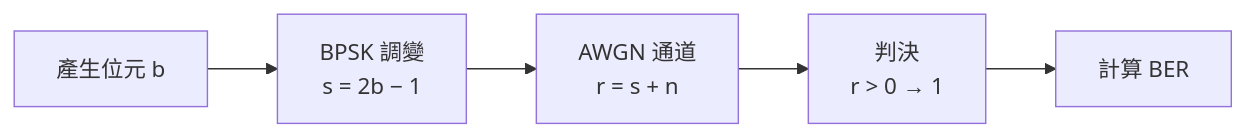
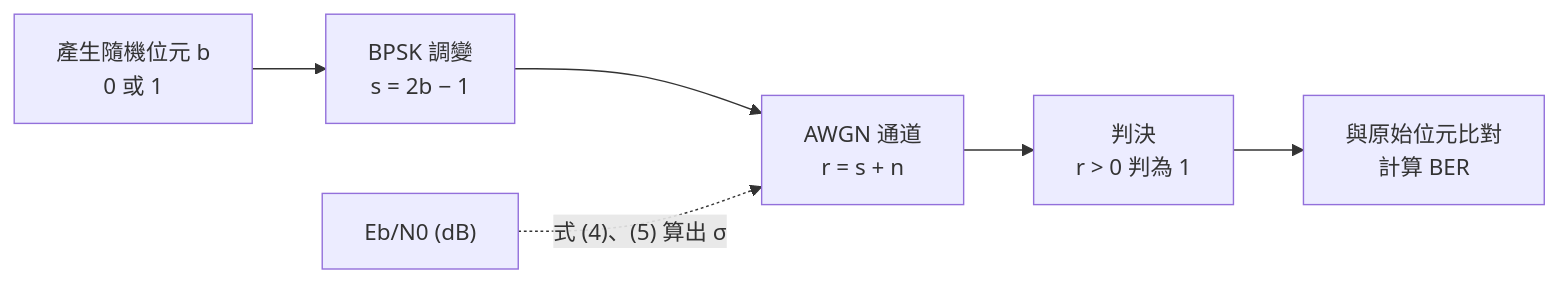
One commit to hhh1715/handson changed the diagram in 01_bpsk_ber/HACKMD.md. Above: the diagram before and after it, drawn with Mermaid. The commit also changed other lines of this file and 6 other files, not shown here.

````diff
--- a/01_bpsk_ber/HACKMD.md
+++ b/01_bpsk_ber/HACKMD.md
@@ -86,7 +176,8 @@
 ```mermaid
 flowchart LR
-    A["產生位元 b"] --> B["BPSK 調變<br/>s = 2b − 1"]
+    A["產生隨機位元 b<br/>0 或 1"] --> B["BPSK 調變<br/>s = 2b − 1"]
     B --> C["AWGN 通道<br/>r = s + n"]
-    C --> D["判決<br/>r > 0 → 1"]
-    D --> E["計算 BER"]
+    C --> D["判決<br/>r > 0 判為 1"]
+    D --> E["與原始位元比對<br/>計算 BER"]
+    F["Eb/N0 (dB)"] -. "式 (4)、(5) 算出 σ" .-> C
 ```
````
